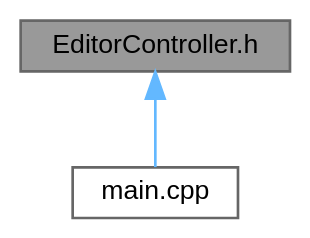
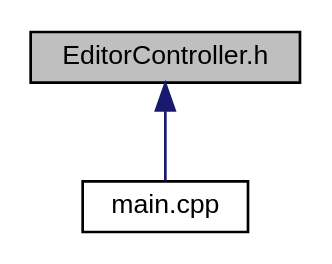
One commit to oshkines/otus-cpp-prof changed the diagram in EditorController_8h__dep__incl.dot. Above: the diagram before and after it, drawn with Graphviz. The commit also changed 156 other files, not shown here.

```diff
--- a/EditorController_8h__dep__incl.dot
+++ b/EditorController_8h__dep__incl.dot
@@ -1,10 +1,9 @@
 digraph "EditorController.h"
 {
  // LATEX_PDF_SIZE
-  bgcolor="transparent";
-  edge [fontname=Helvetica,fontsize=10,labelfontname=Helvetica,labelfontsize=10];
-  node [fontname=Helvetica,fontsize=10,shape=box,height=0.2,width=0.4];
-  Node1 [id="Node000001",label="EditorController.h",height=0.2,width=0.4,color="gray40", fillcolor="grey60", style="filled", fontcolor="black",tooltip=" "];
-  Node1 -> Node2 [id="edge1_Node000001_Node000002",dir="back",color="steelblue1",style="solid",tooltip=" "];
-  Node2 [id="Node000002",label="main.cpp",height=0.2,width=0.4,color="grey40", fillcolor="white", style="filled",URL="$main_8cpp.html",tooltip=" "];
+  edge [fontname="Helvetica",fontsize="10",labelfontname="Helvetica",labelfontsize="10"];
+  node [fontname="Helvetica",fontsize="10",shape=record];
+  Node1 [label="EditorController.h",height=0.2,width=0.4,color="black", fillcolor="grey75", style="filled", fontcolor="black",tooltip=" "];
+  Node1 -> Node2 [dir="back",color="midnightblue",fontsize="10",style="solid",fontname="Helvetica"];
+  Node2 [label="main.cpp",height=0.2,width=0.4,color="black", fillcolor="white", style="filled",URL="$main_8cpp.html",tooltip=" "];
 }
```
